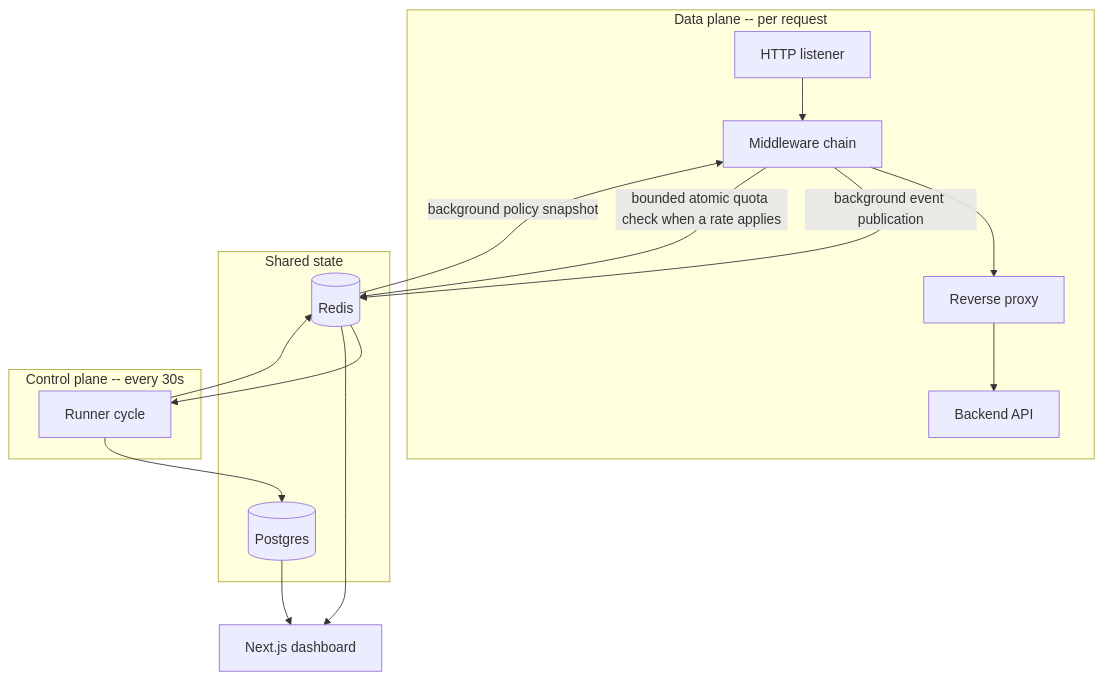
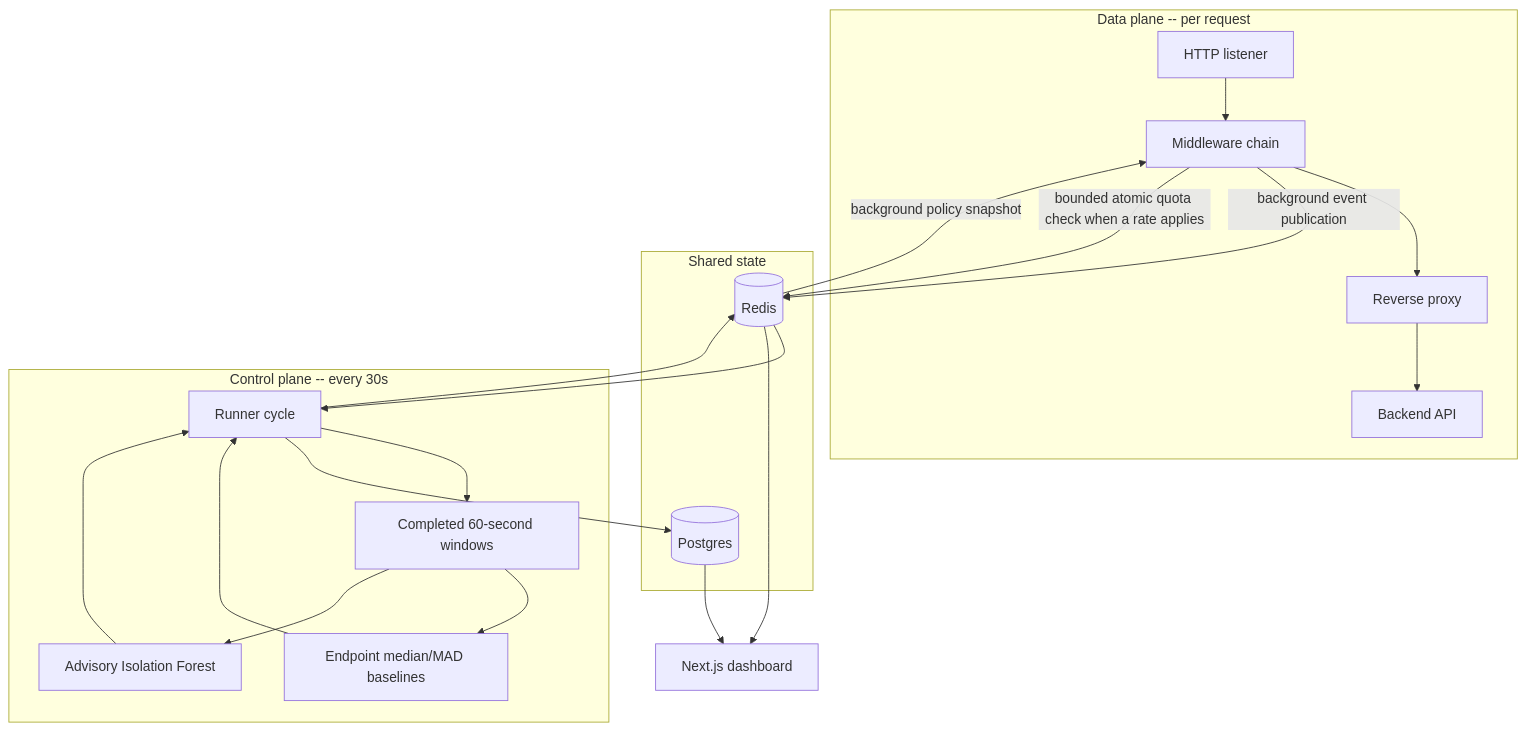
Before and after one commit to Adnan-Safdari/Intelligent_API_Security_Gateway: the diagram in gateway/docs/system-architecture.md, drawn with Mermaid. The commit also changed 71 other files, not shown here.

````diff
--- a/gateway/docs/system-architecture.md
+++ b/gateway/docs/system-architecture.md
@@ -55,26 +55,33 @@
 ```mermaid
 flowchart TD
     subgraph DataPlane["Data plane -- per request"]
         Listener[HTTP listener] --> Chain[Middleware chain]
         Chain --> RP[Reverse proxy]
         RP --> Backend[Backend API]
     end
 
     subgraph State["Shared state"]
         Redis[(Redis)]
         PG[(Postgres)]
     end
 
     subgraph ControlPlane["Control plane -- every 30s"]
         Runner[Runner cycle]
+        Windows[Completed 60-second windows]
+        Baselines[Endpoint median/MAD baselines]
+        Model[Advisory Isolation Forest]
     end
 
     Chain -->|background event publication| Redis
     Redis -->|background policy snapshot| Chain
     Chain -->|bounded atomic quota check when a rate applies| Redis
     Redis --> Runner
+    Runner --> Windows --> Baselines
+    Windows --> Model
+    Baselines --> Runner
+    Model --> Runner
     Runner --> Redis
     Runner --> PG
     PG --> Dashboard[Next.js dashboard]
     Redis --> Dashboard
 ```
````
